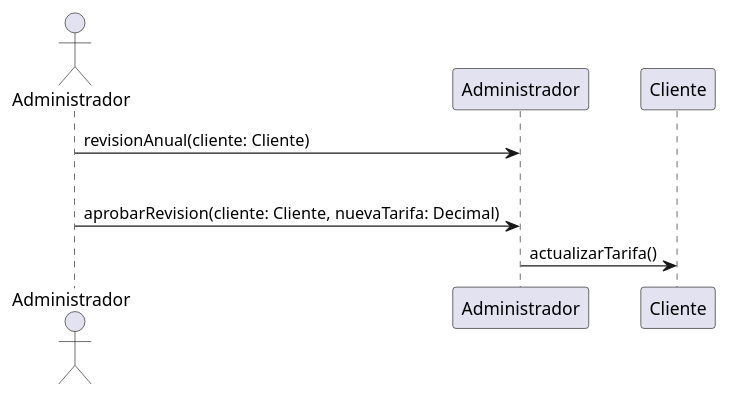
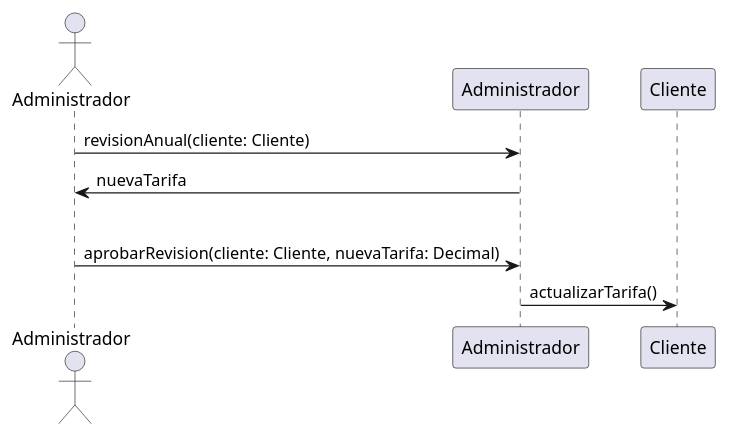
The diagram in DiagramasSecuencia/CU-13-ActualizarTarifaAnual.md (HBauty/Metodo-del-caso-ADAp), drawn with PlantUML before and after one commit.

Commit message:
Add PlantUML diagram for annual rate update process

````diff
--- a/DiagramasSecuencia/CU-13-ActualizarTarifaAnual.md
+++ b/DiagramasSecuencia/CU-13-ActualizarTarifaAnual.md
@@ -1,7 +1,10 @@
+```plantuml
 @startuml
 actor Administrador as Admin
 Admin -> Administrador: revisionAnual(cliente: Cliente)
+Admin <- Administrador: nuevaTarifa
 alt SE APRUEBA LA REVISION
 Admin -> Administrador: aprobarRevision(cliente: Cliente, nuevaTarifa: Decimal)
 Administrador -> Cliente: actualizarTarifa()
 @enduml
+```
````
